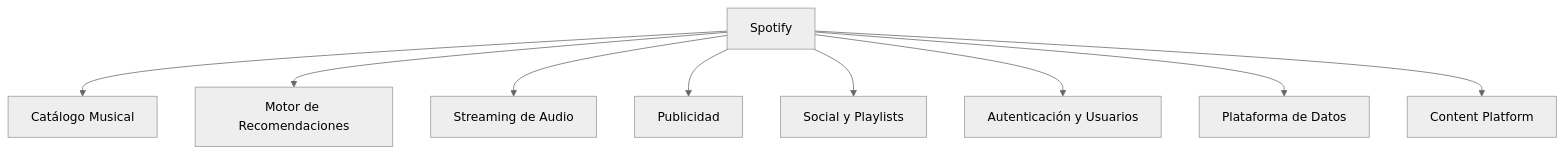
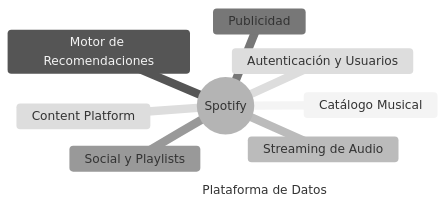
The diagram in Investigacion-Arquitectura/presentacion-spotify.md (awestrau/Ejercicios-Arquitectura), drawn with Mermaid (neutral theme) before and after one commit. The commit also changed other lines of this file and 2 other files, not shown here.

Commit message:
Fix de bullet points en notas

````diff
--- a/Investigacion-Arquitectura/presentacion-spotify.md
+++ b/Investigacion-Arquitectura/presentacion-spotify.md
@@ -223,11 +224,12 @@
 ```mermaid +render
-graph TD
-    A[Spotify] --> B[Catálogo Musical]
-    A --> C[Motor de Recomendaciones]
-    A --> D[Streaming de Audio]
-    A --> E[Publicidad]
-    A --> F[Social y Playlists]
-    A --> G[Autenticación y Usuarios]
-    A --> H[Plataforma de Datos]
-    A --> I[Content Platform]
+mindmap
+  root((Spotify))
+    Catálogo Musical
+    Motor de Recomendaciones
+    Streaming de Audio
+    Publicidad
+    Social y Playlists
+    Autenticación y Usuarios
+    Plataforma de Datos
+    Content Platform
 ```
````
